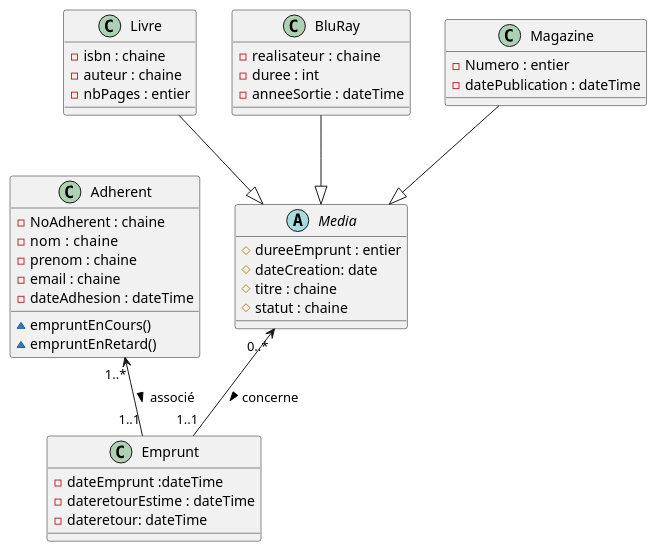
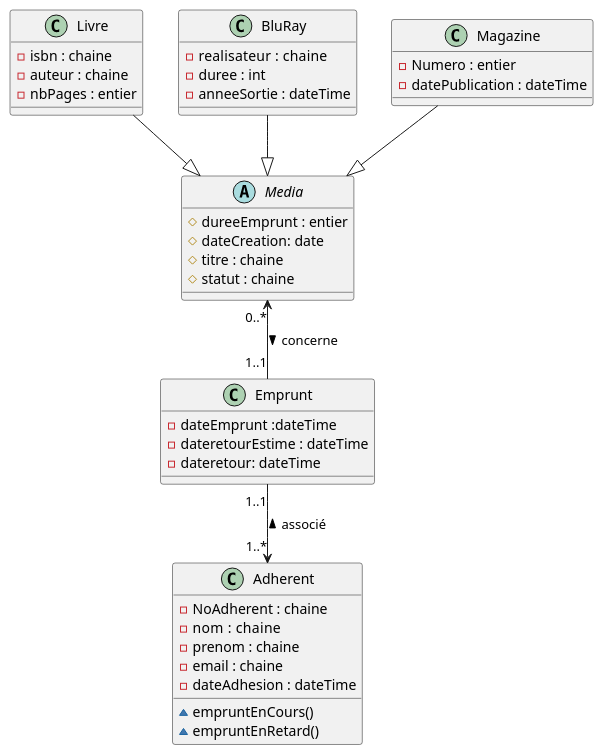
Before and after one commit to fadel-amar/projet-biblio-scrum: the diagram in documentation/diagramme de classe.puml, drawn with PlantUML. The commit also changed 14 other files, not shown here.

```diff
--- a/documentation/diagramme de classe.puml
+++ b/documentation/diagramme de classe.puml
@@ -1,54 +1,54 @@
 @startuml
 'https://plantuml.com/class-diagram
 'skinparam classAttributeIconSize 0
 
 Abstract Class Media {
 #dureeEmprunt : entier
 #dateCreation: date
 #titre : chaine
 #statut : chaine
 }
 
 
 Class Livre {
 - isbn : chaine
 - auteur : chaine
 - nbPages : entier
 }
 
 
 Class BluRay {
 - realisateur  : chaine
 - duree : int
 - anneeSortie : dateTime
 }
 
 
 Class Magazine {
 - Numero : entier
 - datePublication : dateTime
 }
 
 Class Adherent {
 - NoAdherent : chaine
 - nom  : chaine
 - prenom : chaine
 - email : chaine
 - dateAdhesion : dateTime
 ~ empruntEnCours()
 ~ empruntEnRetard()
 }
 
 Class Emprunt {
 - dateEmprunt :dateTime
 - dateretourEstime : dateTime
 - dateretour: dateTime
 
 }
 
 Livre --|> Media
 BluRay --|> Media
 Magazine --|> Media
-Adherent "1..*" <-- "1..1" Emprunt : associé >
+Emprunt "1..1" -->"1..*" Adherent : associé <
 Media "0..*" <-- "1..1" Emprunt : concerne >
 @enduml
```
